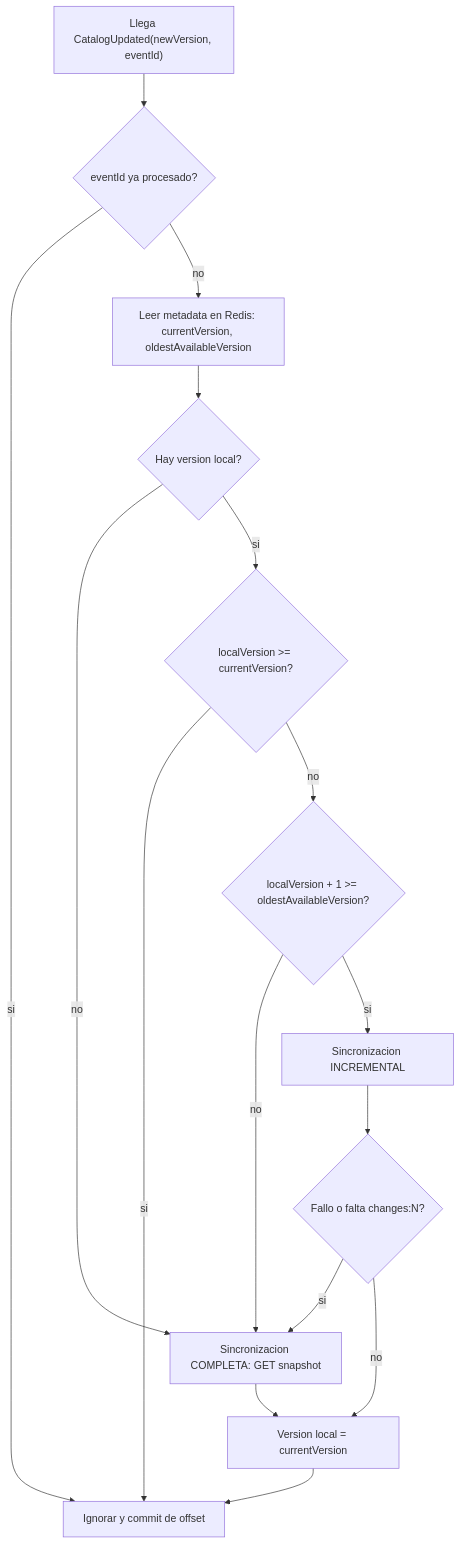
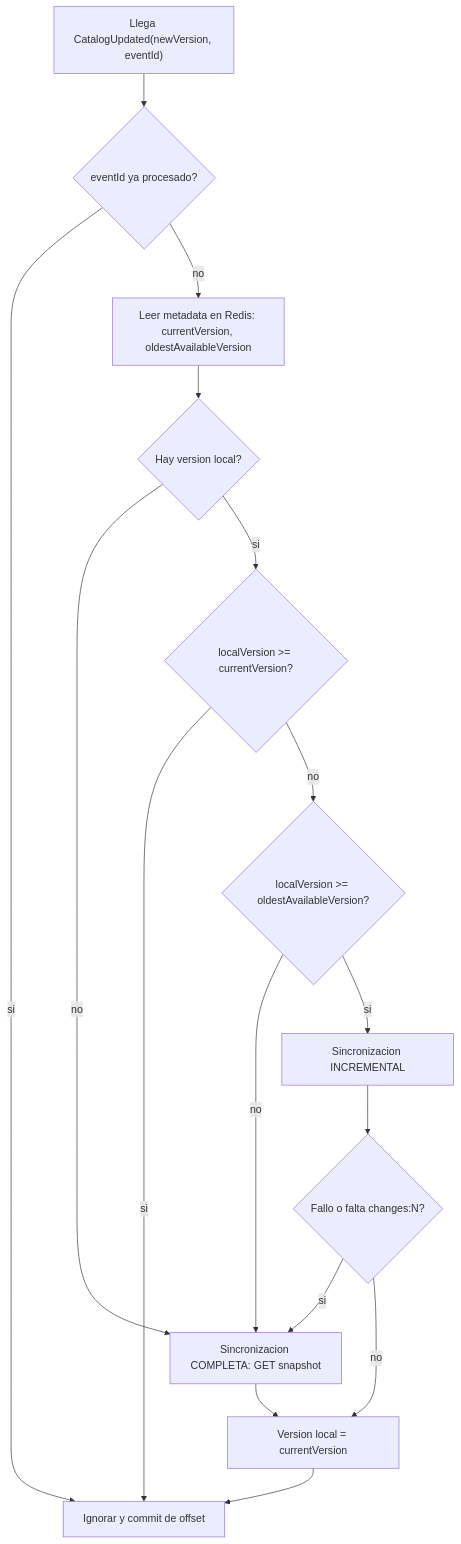
Before and after one commit to Prog2-fzapata/Documentacion: the first of 3 diagrams in diagramas/02-sincronizacion-catalogo.md, drawn with Mermaid. The commit also changed other lines of this file and 2 other files, not shown here.

Commit message:
docs: registra el cliente Redis, las claves configurables y una corrección (D63 a D67)
Registra D63 (puerto y lecturas del cliente Redis), D64 (configuración,
errores y salud de Redis) y D65 (rutas y claves de la cátedra como
configuración y no como constantes, criterio que se extiende a los topics
de Kafka de CAT-11). Registra D66 y corrige el diagrama 02: la condición
para sincronizar por incrementos es localVersion >= oldestAvailableVersion,
como pide el contrato (§14.2 y §18.2), y no la del borrador; además el
diagrama ahora muestra el HMGET de los ids afectados. Registra D67: todo PR
e issue lleva responsable, etiqueta, hito y proyecto (pedido del profesor)
y las descripciones de PR no llevan líneas de atribución, y agrega ese paso
a la skill repaso.

````diff
--- a/diagramas/02-sincronizacion-catalogo.md
+++ b/diagramas/02-sincronizacion-catalogo.md
@@ -7,18 +7,18 @@
 ```mermaid
 flowchart TD
     A["Llega CatalogUpdated(newVersion, eventId)"] --> B{"eventId ya procesado?"}
     B -- si --> Z["Ignorar y commit de offset"]
     B -- no --> C["Leer metadata en Redis: currentVersion, oldestAvailableVersion"]
     C --> D{"Hay version local?"}
     D -- no --> S
     D -- si --> E{"localVersion >= currentVersion?"}
     E -- si --> Z
-    E -- no --> F{"localVersion + 1 >= oldestAvailableVersion?"}
+    E -- no --> F{"localVersion >= oldestAvailableVersion?"}
     F -- no --> S["Sincronizacion COMPLETA: GET snapshot"]
     F -- si --> G["Sincronizacion INCREMENTAL"]
     G --> H{"Fallo o falta changes:N?"}
     H -- si --> S
     H -- no --> I["Version local = currentVersion"]
     S --> I
     I --> Z
 ```
````
